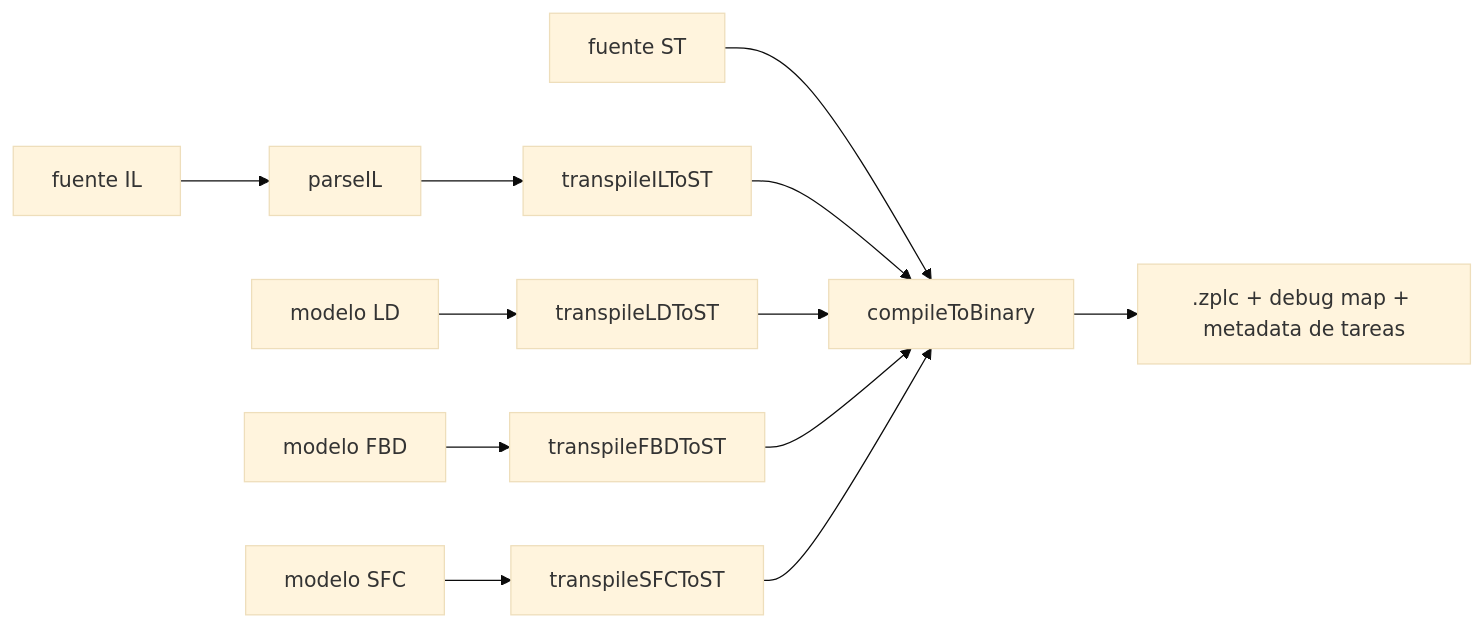
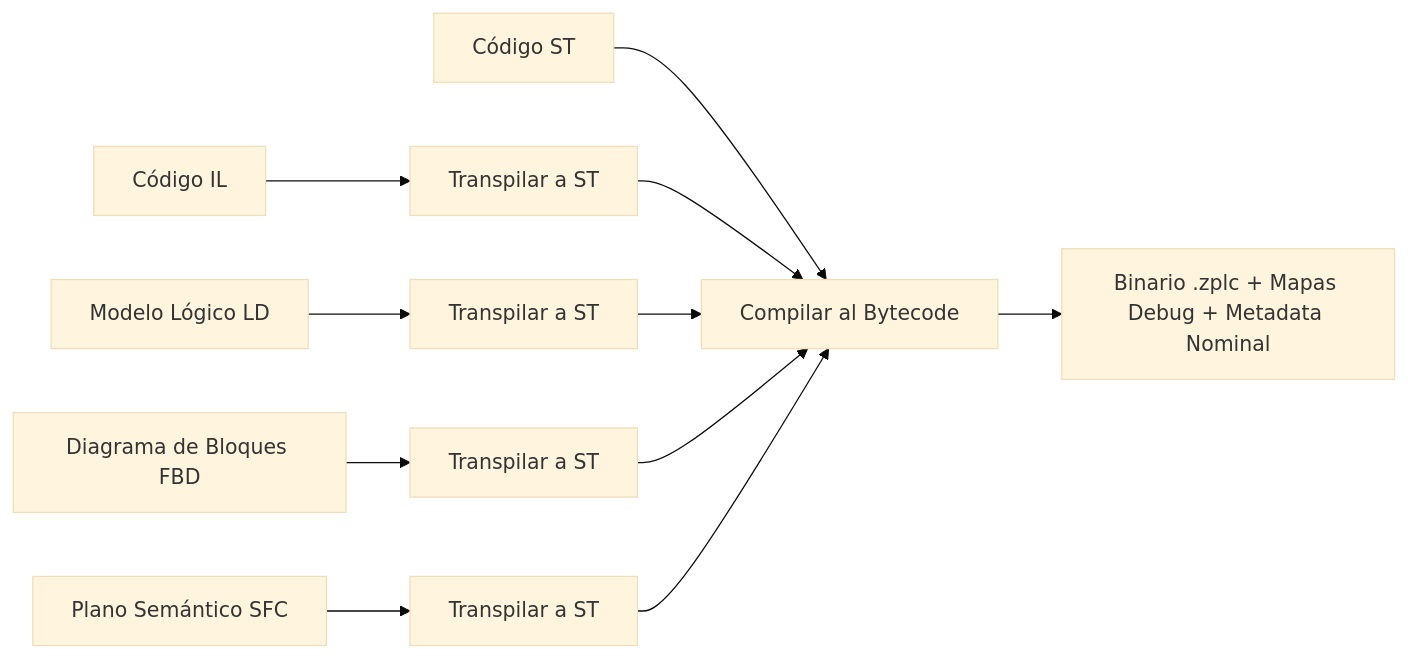
One commit to eduardojvieira/ZPLC changed the diagram in docs/i18n/es/docusaurus-plugin-content-docs/current/ide/compiler.md. Above: the diagram before and after it, drawn with Mermaid (base theme). The commit also changed other lines of this file and 55 other files, not shown here.

````diff
--- a/docs/i18n/es/docusaurus-plugin-content-docs/current/ide/compiler.md
+++ b/docs/i18n/es/docusaurus-plugin-content-docs/current/ide/compiler.md
@@ -11,14 +9,15 @@
 ```mermaid
 flowchart LR
-  ST[fuente ST] --> Core[compileToBinary]
-  IL[fuente IL] --> ILParse[parseIL]
-  ILParse --> ILToST[transpileILToST]
-  LD[modelo LD] --> LDToST[transpileLDToST]
-  FBD[modelo FBD] --> FBDToST[transpileFBDToST]
-  SFC[modelo SFC] --> SFCToST[transpileSFCToST]
+  ST[Código ST] --> Core[Compilar al Bytecode]
+  IL[Código IL] --> ILToST[Transpilar a ST]
+  LD[Modelo Lógico LD] --> LDToST[Transpilar a ST]
+  FBD[Diagrama de Bloques FBD] --> FBDToST[Transpilar a ST]
+  SFC[Plano Semántico SFC] --> SFCToST[Transpilar a ST]
+
   ILToST --> Core
   LDToST --> Core
   FBDToST --> Core
   SFCToST --> Core
-  Core --> ZPLC[.zplc + debug map + metadata de tareas]
+
+  Core --> ZPLC[Binario .zplc + Mapas Debug + Metadata Nominal]
 ```
````
